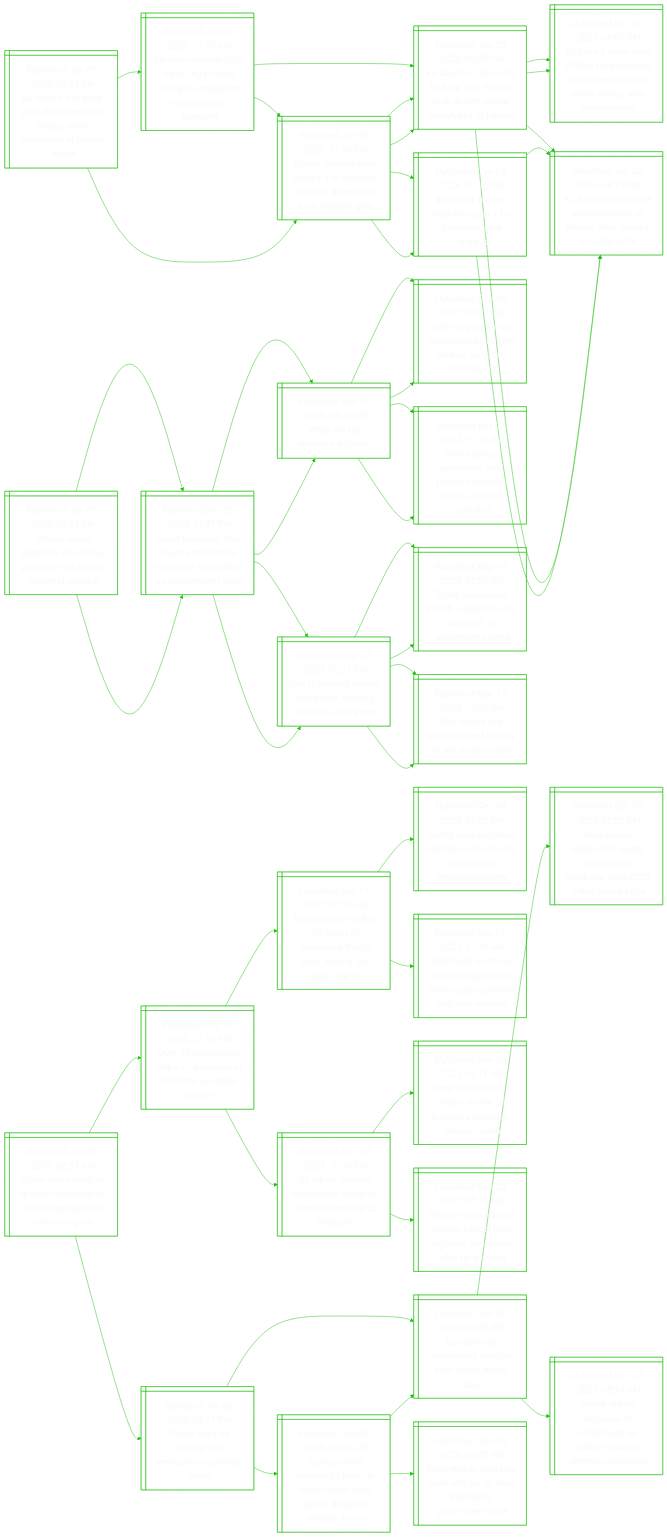
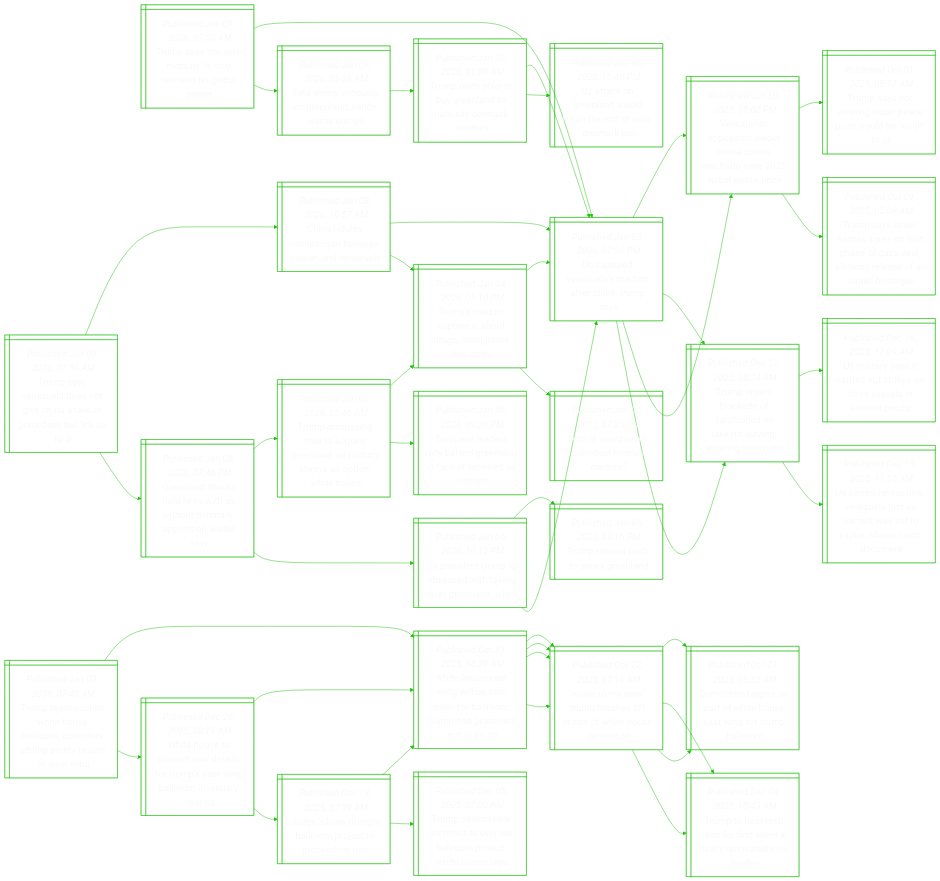
One commit to notJmes/notJmes changed the diagram in README.md. Above: the diagram before and after it, drawn with Mermaid. The commit also changed other lines of this file, not shown here.

````diff
--- a/README.md
+++ b/README.md
@@ -16,142 +16,133 @@
 flowchart LR
 classDef txtsize font-size:20px;
 
-EeoGonredadou@{ shape: win-pane, label: "_Published Jan 09, 2026, 03:33 AM_
-Eu orders x to keep grok documents for longer, amid sexualised ai photos furore" }
-Bislsoetefbht@{ shape: win-pane, label: "_Published Jan 06, 2026, 11:56 PM_
-Britain presses elon musk’s x to address  intimate ‘deepfakes’ by ai chatbot grok" }
-EssuogMGIslfoo@{ shape: win-pane, label: "_Published Jan 05, 2026, 09:20 PM_
-Eu says it is ‘seriously looking’ into musk’s grok ai over sexual deepfakes of minors" }
-Atrsxmootpngs@{ shape: win-pane, label: "_Published Jan 02, 2026, 08:15 PM_
-Ai chatbot grok posts sexual images of minors after ‘lapses in safeguards’" }
-EernbhncneTtwos@{ shape: win-pane, label: "_Published Dec 05, 2025, 08:05 PM_
-Eu fines x more than $180m for breaching online content rules, tiktok settles with concessions" }
-MsaniarnGm@{ shape: win-pane, label: "_Published Jan 04, 2026, 02:35 PM_
-Malaysia, france, india hit out at x for ‘offensive’ grok images" }
-Atrsxmootpngs@{ shape: win-pane, label: "_Published Jan 02, 2026, 08:15 PM_
-Ai chatbot grok posts sexual images of minors after ‘lapses in safeguards’" }
-Atrsxmootpngs@{ shape: win-pane, label: "_Published Jan 02, 2026, 08:15 PM_
-Ai chatbot grok posts sexual images of minors after ‘lapses in safeguards’" }
-GnsaoetvogEupo@{ shape: win-pane, label: "_Published Jan 07, 2026, 01:15 AM_
-German minister calls for eu legal steps over grok images on elon musk’s x platform" }
-Bislsoetefbht@{ shape: win-pane, label: "_Published Jan 06, 2026, 11:56 PM_
-Britain presses elon musk’s x to address  intimate ‘deepfakes’ by ai chatbot grok" }
-EssuogMGIslfoo@{ shape: win-pane, label: "_Published Jan 05, 2026, 09:20 PM_
-Eu says it is ‘seriously looking’ into musk’s grok ai over sexual deepfakes of minors" }
-MsaniarnGm@{ shape: win-pane, label: "_Published Jan 04, 2026, 02:35 PM_
-Malaysia, france, india hit out at x for ‘offensive’ grok images" }
-EssuogMGIslfoo@{ shape: win-pane, label: "_Published Jan 05, 2026, 09:20 PM_
-Eu says it is ‘seriously looking’ into musk’s grok ai over sexual deepfakes of minors" }
-Atrsxmootpngs@{ shape: win-pane, label: "_Published Jan 02, 2026, 08:15 PM_
-Ai chatbot grok posts sexual images of minors after ‘lapses in safeguards’" }
-EernbhncneTtwos@{ shape: win-pane, label: "_Published Dec 05, 2025, 08:05 PM_
-Eu fines x more than $180m for breaching online content rules, tiktok settles with concessions" }
-
-EeoGonredadou:::txtsize --> Bislsoetefbht:::txtsize
-Bislsoetefbht:::txtsize --> EssuogMGIslfoo:::txtsize
-EssuogMGIslfoo:::txtsize --> Atrsxmootpngs:::txtsize
-EssuogMGIslfoo:::txtsize --> EernbhncneTtwos:::txtsize
-Bislsoetefbht:::txtsize --> MsaniarnGm:::txtsize
-MsaniarnGm:::txtsize --> Atrsxmootpngs:::txtsize
-MsaniarnGm:::txtsize --> Atrsxmootpngs:::txtsize
-EeoGonredadou:::txtsize --> GnsaoetvogEupo:::txtsize
-GnsaoetvogEupo:::txtsize --> Bislsoetefbht:::txtsize
-Bislsoetefbht:::txtsize --> EssuogMGIslfoo:::txtsize
-Bislsoetefbht:::txtsize --> MsaniarnGm:::txtsize
-GnsaoetvogEupo:::txtsize --> EssuogMGIslfoo:::txtsize
-EssuogMGIslfoo:::txtsize --> Atrsxmootpngs:::txtsize
-EssuogMGIslfoo:::txtsize --> EernbhncneTtwos:::txtsize
-
-AaofshoiiolWi@{ shape: win-pane, label: "_Published Jan 09, 2026, 03:03 AM_
-African union reaffirms one china policy in visit by top diplomat wang yi" }
-Ilmrutmrnolspnt@{ shape: win-pane, label: "_Published Dec 26, 2025, 11:49 PM_
-Israel becomes first country to formally recognise somaliland as independent state" }
-WrAao@{ shape: win-pane, label: "_Published Sep 15, 2025, 05:46 PM_
-What are the abraham accords?" }
-Ilemahmaroais@{ shape: win-pane, label: "_Published Sep 09, 2025, 09:27 PM_
-Israel targets hamas leadership in military strikes on qatar, officials say" }
-Hmdulnrecsud@{ shape: win-pane, label: "_Published Oct 07, 2023, 10:15 PM_
-How hamas’ audacious, well-planned surprise attack on israel unfolded" }
-Upneockecdr@{ shape: win-pane, label: "_Published May 17, 2025, 02:21 PM_
-Uae is pouring money into africa, seeking resources and power" }
-TaniliEtrnn@{ shape: win-pane, label: "_Published May 16, 2025, 01:27 AM_
-Trump announces $260b in deals during uae visit, ai agreement signed" }
-Gtuuelrima@{ shape: win-pane, label: "_Published May 17, 2025, 12:38 AM_
-Gulf states use opulence and flattery to win trump’s heart" }
-Ilmrutmrnolspnt@{ shape: win-pane, label: "_Published Dec 26, 2025, 11:49 PM_
-Israel becomes first country to formally recognise somaliland as independent state" }
-WrAao@{ shape: win-pane, label: "_Published Sep 15, 2025, 05:46 PM_
-What are the abraham accords?" }
-Ilemahmaroais@{ shape: win-pane, label: "_Published Sep 09, 2025, 09:27 PM_
-Israel targets hamas leadership in military strikes on qatar, officials say" }
-Hmdulnrecsud@{ shape: win-pane, label: "_Published Oct 07, 2023, 10:15 PM_
-How hamas’ audacious, well-planned surprise attack on israel unfolded" }
-Upneockecdr@{ shape: win-pane, label: "_Published May 17, 2025, 02:21 PM_
-Uae is pouring money into africa, seeking resources and power" }
-TaniliEtrnn@{ shape: win-pane, label: "_Published May 16, 2025, 01:27 AM_
-Trump announces $260b in deals during uae visit, ai agreement signed" }
-Gtuuelrima@{ shape: win-pane, label: "_Published May 17, 2025, 12:38 AM_
-Gulf states use opulence and flattery to win trump’s heart" }
-
-AaofshoiiolWi:::txtsize --> Ilmrutmrnolspnt:::txtsize
-Ilmrutmrnolspnt:::txtsize --> WrAao:::txtsize
-WrAao:::txtsize --> Ilemahmaroais:::txtsize
-WrAao:::txtsize --> Hmdulnrecsud:::txtsize
-Ilmrutmrnolspnt:::txtsize --> Upneockecdr:::txtsize
-Upneockecdr:::txtsize --> TaniliEtrnn:::txtsize
-Upneockecdr:::txtsize --> Gtuuelrima:::txtsize
-AaofshoiiolWi:::txtsize --> Ilmrutmrnolspnt:::txtsize
-Ilmrutmrnolspnt:::txtsize --> WrAao:::txtsize
-WrAao:::txtsize --> Ilemahmaroais:::txtsize
-WrAao:::txtsize --> Hmdulnrecsud:::txtsize
-Ilmrutmrnolspnt:::txtsize --> Upneockecdr:::txtsize
-Upneockecdr:::txtsize --> TaniliEtrnn:::txtsize
-Upneockecdr:::txtsize --> Gtuuelrima:::txtsize
-
-Tshoteasapyer@{ shape: win-pane, label: "_Published Jan 09, 2026, 02:55 AM_
-Three ships head to us with venezuela oil, as storage capacity concerns grow" }
-Oaohnzakrnee@{ shape: win-pane, label: "_Published Dec 11, 2025, 12:52 PM_
-Over 30 sanctioned ships in venezuela at risk after us tanker seizure" }
-Uzlecoeapageo@{ shape: win-pane, label: "_Published Dec 11, 2025, 06:22 AM_
-Us seizes oil tanker off coast of venezuela, trump says, adding ‘we keep’ the oil" }
-TenurneCbVuo@{ shape: win-pane, label: "_Published Dec 09, 2025, 09:52 PM_
-Trump eyes anti-drug operations in mexico, colombia as venezuela looms" }
-VulScpifromlMo@{ shape: win-pane, label: "_Published Dec 01, 2025, 07:49 AM_
-Venezuela slams us attack preparations after trump confirms call with maduro" }
-UeoVugartipu@{ shape: win-pane, label: "_Published Nov 24, 2025, 10:38 PM_
-Us labels another venezuelan group as terrorist, ramping up pressure" }
-Taitrrwdaghe@{ shape: win-pane, label: "_Published Nov 25, 2025, 05:17 AM_
-Trump administration orders review of biden-era refugees, shows memo" }
-Saeiannhlsnleag@{ shape: win-pane, label: "_Published Nov 23, 2025, 05:12 AM_
-Several international airlines cancel their flights in venezuela after us warning" }
-TsSsoeady@{ shape: win-pane, label: "_Published Jan 08, 2026, 08:11 PM_
-Trump says us oversight of venezuela could last years" }
-Tieosoiutrttlyo@{ shape: win-pane, label: "_Published Jan 08, 2026, 08:46 AM_
-Trump invites colombia’s petro to white house after earlier threat of military action" }
+Tsyotnsnlp@{ shape: win-pane, label: "_Published Jan 09, 2026, 07:50 AM_
+Trump says ‘my own morality’ is only restraint on global power" }
 UtVuMorkms@{ shape: win-pane, label: "_Published Jan 03, 2026, 02:58 PM_
 Us captured venezuela’s maduro after strike, trump says" }
-Cbcnrhdrcgns@{ shape: win-pane, label: "_Published Jan 06, 2026, 06:05 AM_
-Colombia to continue work with us on drug trafficking, government says" }
+Vuoilranhibai@{ shape: win-pane, label: "_Published Oct 10, 2025, 05:02 PM_
+Venezuelan opposition leader maria corina machado wins 2025 nobel peace prize" }
+TsonoeroelS@{ shape: win-pane, label: "_Published Oct 01, 2025, 05:12 AM_
+Trump says not winning nobel peace prize would be ‘insult’ to us" }
+TssHaossaaorslaoe@{ shape: win-pane, label: "_Published Oct 09, 2025, 05:09 AM_
+Trump says israel, hamas agree on first phase of gaza deal, allowing release of all israeli hostages" }
+Toskftdasitgz@{ shape: win-pane, label: "_Published Dec 17, 2025, 08:34 AM_
+Trump orders blockade of sanctioned oil tankers leaving, entering venezuela" }
+Uistitktvlanf@{ shape: win-pane, label: "_Published Dec 16, 2025, 11:09 AM_
+Us military says it carried out strikes on three vessels in eastern pacific" }
+Uznenltrwtphoon@{ shape: win-pane, label: "_Published Dec 13, 2025, 11:10 AM_
+Us seized tanker near venezuela just as warrant was set to expire, shows court document" }
+TresGlaau@{ shape: win-pane, label: "_Published Jan 09, 2026, 05:28 AM_
+Take trump seriously on greenland, vance warns europe" }
+TpotGlsaekh@{ shape: win-pane, label: "_Published Jan 08, 2026, 01:59 AM_
+Trump plots offer to buy greenland as nato ally denmark seethes" }
+UtVuMorkms@{ shape: win-pane, label: "_Published Jan 03, 2026, 02:58 PM_
+Us captured venezuela’s maduro after strike, trump says" }
+UaGloeefDr@{ shape: win-pane, label: "_Published Jan 05, 2026, 11:40 PM_
+Us attack on greenland would mean the end of nato: denmark pm" }
+
+Tsyotnsnlp:::txtsize --> UtVuMorkms:::txtsize
+UtVuMorkms:::txtsize --> Vuoilranhibai:::txtsize
+Vuoilranhibai:::txtsize --> TsonoeroelS:::txtsize
+Vuoilranhibai:::txtsize --> TssHaossaaorslaoe:::txtsize
+UtVuMorkms:::txtsize --> Toskftdasitgz:::txtsize
+Toskftdasitgz:::txtsize --> Uistitktvlanf:::txtsize
+Toskftdasitgz:::txtsize --> Uznenltrwtphoon:::txtsize
+Tsyotnsnlp:::txtsize --> TresGlaau:::txtsize
+TresGlaau:::txtsize --> TpotGlsaekh:::txtsize
+TpotGlsaekh:::txtsize --> UtVuMorkms:::txtsize
+TpotGlsaekh:::txtsize --> UaGloeefDr:::txtsize
+
+Ttiseeroedtttsg@{ shape: win-pane, label: "_Published Jan 09, 2026, 07:45 AM_
+Trump team pitches white house ballroom, considers adding storey to part of west wing" }
+WHEilowboudioo@{ shape: win-pane, label: "_Published Oct 23, 2025, 04:39 AM_
+White house east wing will be torn down for ballroom, trump had promised not to do so" }
+Mtauuoiotsoo@{ shape: win-pane, label: "_Published Oct 22, 2025, 07:16 AM_
+‘music to my ears’: trump brushes off critics of white house demolition" }
+DibsrhoanTbo@{ shape: win-pane, label: "_Published Oct 21, 2025, 06:35 AM_
+Demolition begins on part of white house east wing for trump ballroom" }
+TttCosneetsd@{ shape: win-pane, label: "_Published Sep 04, 2025, 10:43 AM_
+Trump to host tech ceos for first event in newly renovated rose garden" }
+Mtauuoiotsoo@{ shape: win-pane, label: "_Published Oct 22, 2025, 07:16 AM_
+‘music to my ears’: trump brushes off critics of white house demolition" }
+DibsrhoanTbo@{ shape: win-pane, label: "_Published Oct 21, 2025, 06:35 AM_
+Demolition begins on part of white house east wing for trump ballroom" }
+TttCosneetsd@{ shape: win-pane, label: "_Published Sep 04, 2025, 10:43 AM_
+Trump to host tech ceos for first event in newly renovated rose garden" }
+WHtseaomsgrnaa@{ shape: win-pane, label: "_Published Dec 26, 2025, 08:19 AM_
+White house to present new details for trump’s east wing ballroom in january hearing" }
+WHEilowboudioo@{ shape: win-pane, label: "_Published Oct 23, 2025, 04:39 AM_
+White house east wing will be torn down for ballroom, trump had promised not to do so" }
+Mtauuoiotsoo@{ shape: win-pane, label: "_Published Oct 22, 2025, 07:16 AM_
+‘music to my ears’: trump brushes off critics of white house demolition" }
+Mtauuoiotsoo@{ shape: win-pane, label: "_Published Oct 22, 2025, 07:16 AM_
+‘music to my ears’: trump brushes off critics of white house demolition" }
+Jasplpcrdo@{ shape: win-pane, label: "_Published Dec 18, 2025, 07:59 AM_
+Judge allows trump’s ballroom project to proceed for now" }
+WHEilowboudioo@{ shape: win-pane, label: "_Published Oct 23, 2025, 04:39 AM_
+White house east wing will be torn down for ballroom, trump had promised not to do so" }
+Tstatoslmeiuy@{ shape: win-pane, label: "_Published Dec 05, 2025, 07:00 AM_
+Trump selects new architect to oversee ballroom project, white house says" }
+
+Ttiseeroedtttsg:::txtsize --> WHEilowboudioo:::txtsize
+WHEilowboudioo:::txtsize --> Mtauuoiotsoo:::txtsize
+Mtauuoiotsoo:::txtsize --> DibsrhoanTbo:::txtsize
+Mtauuoiotsoo:::txtsize --> TttCosneetsd:::txtsize
+WHEilowboudioo:::txtsize --> Mtauuoiotsoo:::txtsize
+Mtauuoiotsoo:::txtsize --> DibsrhoanTbo:::txtsize
+Mtauuoiotsoo:::txtsize --> TttCosneetsd:::txtsize
+Ttiseeroedtttsg:::txtsize --> WHtseaomsgrnaa:::txtsize
+WHtseaomsgrnaa:::txtsize --> WHEilowboudioo:::txtsize
+WHEilowboudioo:::txtsize --> Mtauuoiotsoo:::txtsize
+WHEilowboudioo:::txtsize --> Mtauuoiotsoo:::txtsize
+WHtseaomsgrnaa:::txtsize --> Jasplpcrdo:::txtsize
+Jasplpcrdo:::txtsize --> WHEilowboudioo:::txtsize
+Jasplpcrdo:::txtsize --> Tstatoslmeiuy:::txtsize
+
+TseeeghTnebsX@{ shape: win-pane, label: "_Published Jan 09, 2026, 07:36 AM_
+Trump says venezuela does not give china a taiwan precedent, but ‘it’s up to’ xi" }
+Crepowaanl@{ shape: win-pane, label: "_Published Jan 08, 2026, 10:57 AM_
+China refutes comparison between taiwan and venezuela" }
 UtVuMorkms@{ shape: win-pane, label: "_Published Jan 03, 2026, 02:58 PM_
 Us captured venezuela’s maduro after strike, trump says" }
 Vuoilranhibai@{ shape: win-pane, label: "_Published Oct 10, 2025, 05:02 PM_
 Venezuelan opposition leader maria corina machado wins 2025 nobel peace prize" }
 Toskftdasitgz@{ shape: win-pane, label: "_Published Dec 17, 2025, 08:34 AM_
 Trump orders blockade of sanctioned oil tankers leaving, entering venezuela" }
+Tsrtstsgsh@{ shape: win-pane, label: "_Published Jan 04, 2026, 01:10 PM_
+Trump’s maduro capture is about drugs, immigrants and china" }
+UtVuMorkms@{ shape: win-pane, label: "_Published Jan 03, 2026, 02:58 PM_
+Us captured venezuela’s maduro after strike, trump says" }
+WVuPdisr@{ shape: win-pane, label: "_Published Jan 03, 2026, 07:25 PM_
+Who is venezuela’s president nicolas maduro?" }
+Glhhaiwumptes@{ shape: win-pane, label: "_Published Jan 08, 2026, 07:46 PM_
+Greenland should hold talks with us without denmark, opposition leader says" }
+TdsharedlyypWH@{ shape: win-pane, label: "_Published Jan 07, 2026, 05:46 AM_
+Trump discussing how to acquire greenland; us military always an option: white house" }
+Tsrtstsgsh@{ shape: win-pane, label: "_Published Jan 04, 2026, 01:10 PM_
+Trump’s maduro capture is about drugs, immigrants and china" }
+EearbdnienUe@{ shape: win-pane, label: "_Published Jan 06, 2026, 09:26 PM_
+European leaders rally behind greenland in face of renewed us interest" }
+UstpsdtgGlh@{ shape: win-pane, label: "_Published Jan 05, 2026, 10:15 PM_
+Us president trump is obsessed with taking over greenland. why?" }
+Trsteed@{ shape: win-pane, label: "_Published Jan 05, 2026, 02:16 PM_
+Trump renews push to annex greenland" }
+UtVuMorkms@{ shape: win-pane, label: "_Published Jan 03, 2026, 02:58 PM_
+Us captured venezuela’s maduro after strike, trump says" }
 
-Tshoteasapyer:::txtsize --> Oaohnzakrnee:::txtsize
-Oaohnzakrnee:::txtsize --> Uzlecoeapageo:::txtsize
-Uzlecoeapageo:::txtsize --> TenurneCbVuo:::txtsize
-Uzlecoeapageo:::txtsize --> VulScpifromlMo:::txtsize
-Oaohnzakrnee:::txtsize --> UeoVugartipu:::txtsize
-UeoVugartipu:::txtsize --> Taitrrwdaghe:::txtsize
-UeoVugartipu:::txtsize --> Saeiannhlsnleag:::txtsize
-Tshoteasapyer:::txtsize --> TsSsoeady:::txtsize
-TsSsoeady:::txtsize --> Tieosoiutrttlyo:::txtsize
-Tieosoiutrttlyo:::txtsize --> UtVuMorkms:::txtsize
-Tieosoiutrttlyo:::txtsize --> Cbcnrhdrcgns:::txtsize
-TsSsoeady:::txtsize --> UtVuMorkms:::txtsize
+TseeeghTnebsX:::txtsize --> Crepowaanl:::txtsize
+Crepowaanl:::txtsize --> UtVuMorkms:::txtsize
 UtVuMorkms:::txtsize --> Vuoilranhibai:::txtsize
 UtVuMorkms:::txtsize --> Toskftdasitgz:::txtsize
+Crepowaanl:::txtsize --> Tsrtstsgsh:::txtsize
+Tsrtstsgsh:::txtsize --> UtVuMorkms:::txtsize
+Tsrtstsgsh:::txtsize --> WVuPdisr:::txtsize
+TseeeghTnebsX:::txtsize --> Glhhaiwumptes:::txtsize
+Glhhaiwumptes:::txtsize --> TdsharedlyypWH:::txtsize
+TdsharedlyypWH:::txtsize --> Tsrtstsgsh:::txtsize
+TdsharedlyypWH:::txtsize --> EearbdnienUe:::txtsize
+Glhhaiwumptes:::txtsize --> UstpsdtgGlh:::txtsize
+UstpsdtgGlh:::txtsize --> Trsteed:::txtsize
+UstpsdtgGlh:::txtsize --> UtVuMorkms:::txtsize
 
 ```
````
